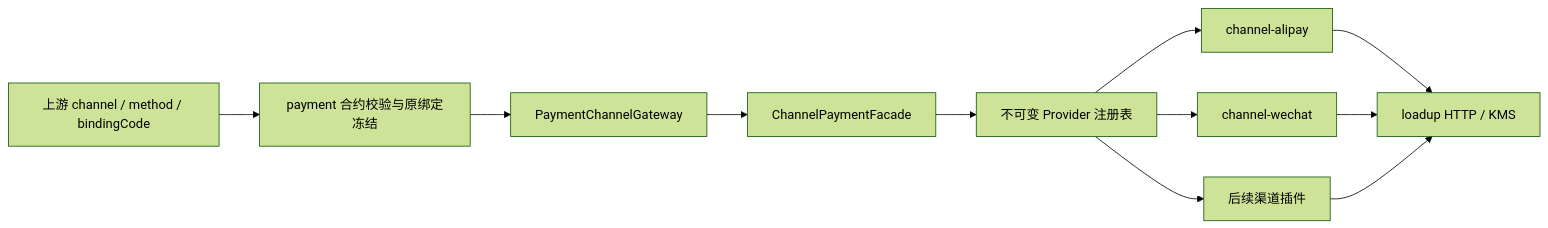
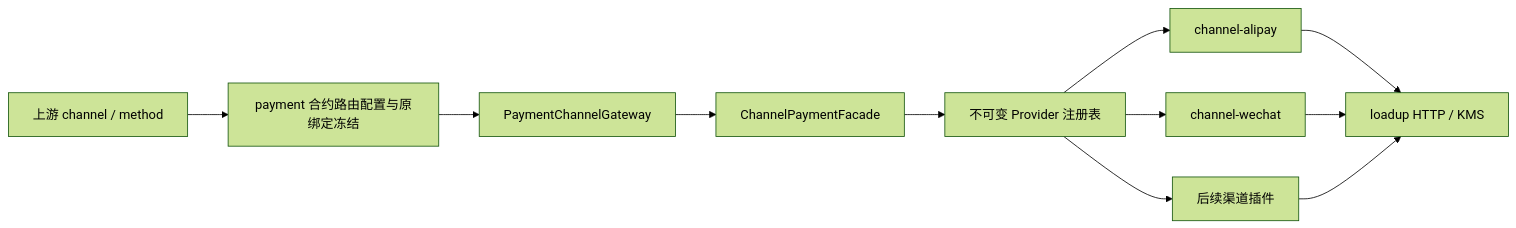
The diagram in channel/ARCHITECTURE.md (loadup-cloud/loadup-pay), drawn with Mermaid (forest theme) before and after one commit. The commit also changed other lines of this file and 172 other files, not shown here.

````diff
--- a/channel/ARCHITECTURE.md
+++ b/channel/ARCHITECTURE.md
@@ -18,13 +18,13 @@
 ```mermaid
 flowchart LR
-    U[上游 channel / method / bindingCode] --> P[payment 合约校验与原绑定冻结]
+    U[上游 channel / method] --> P[payment 合约路由配置与原绑定冻结]
     P --> G[PaymentChannelGateway]
     G --> F[ChannelPaymentFacade]
     F --> R[不可变 Provider 注册表]
     R --> A[channel-alipay]
     R --> W[channel-wechat]
     R --> N[后续渠道插件]
     A --> T[loadup HTTP / KMS]
     W --> T
     N --> T
 ```
````
